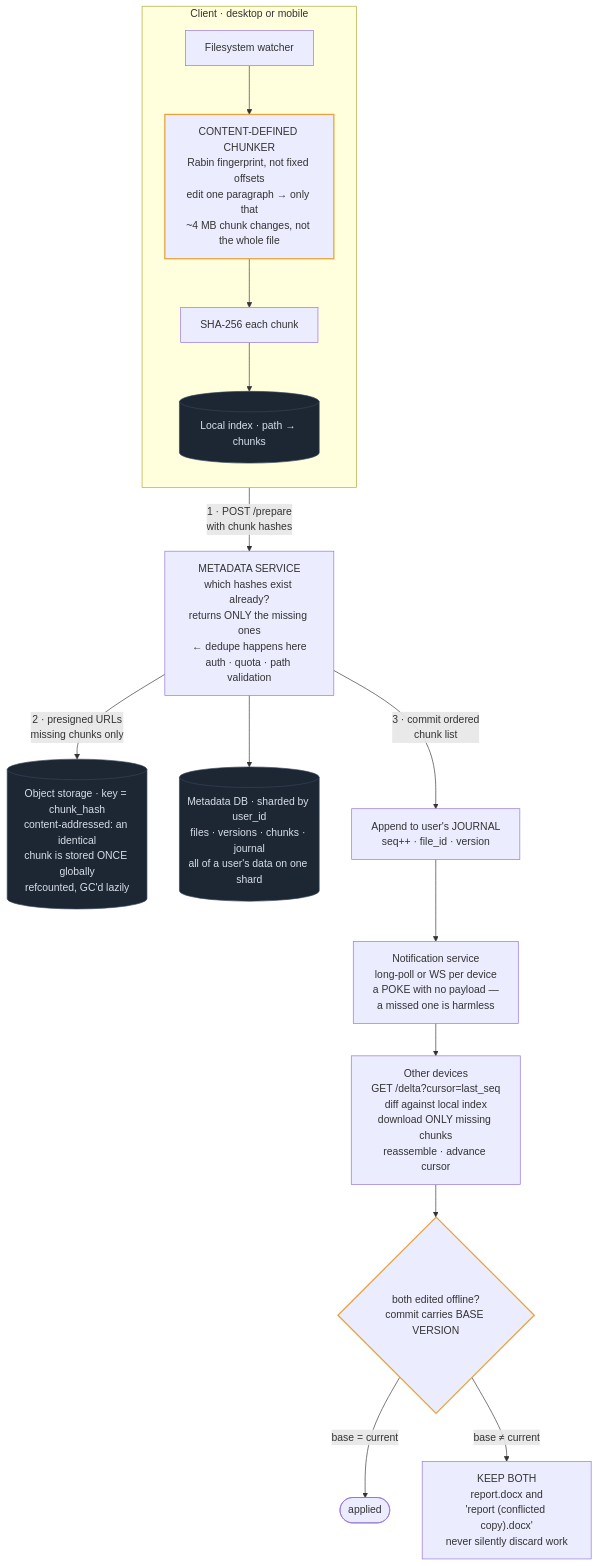
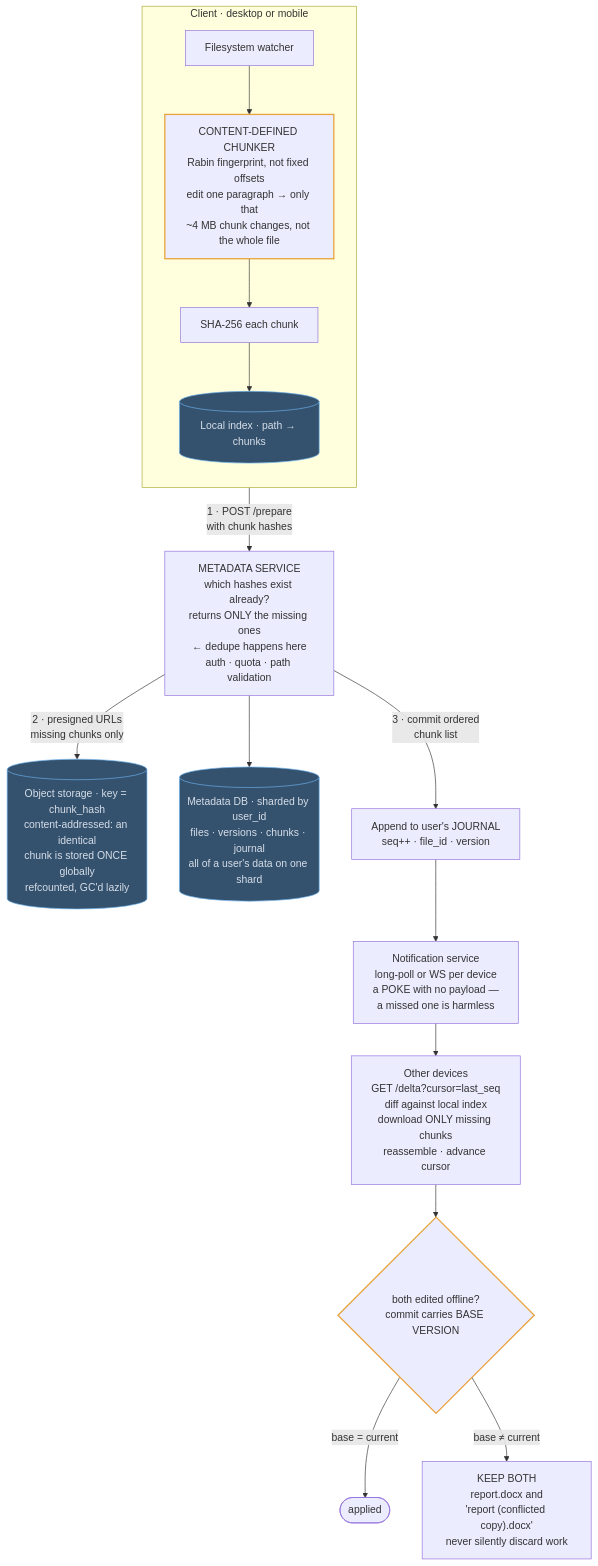
The diagram in content/designs/12-dropbox-file-sync.md (mertkahyaoglu/atlas), drawn with Mermaid before and after one commit. The commit also changed 16 other files, not shown here.

````diff
--- a/content/designs/12-dropbox-file-sync.md
+++ b/content/designs/12-dropbox-file-sync.md
@@ -123,30 +123,30 @@
 ```mermaid
 flowchart TB
     subgraph CLIENT ["Client · desktop or mobile"]
         direction TB
         Watcher[Filesystem watcher]
         Chunker["CONTENT-DEFINED CHUNKER<br/>Rabin fingerprint, not fixed offsets<br/>edit one paragraph → only that<br/>~4 MB chunk changes, not the whole file"]
         Hasher["SHA-256 each chunk"]
         LocalIdx[("Local index · path → chunks")]
         Watcher --> Chunker --> Hasher --> LocalIdx
     end
 
     Hasher -- "1 · POST /prepare<br/>with chunk hashes" --> Meta
     Meta["METADATA SERVICE<br/>which hashes exist already?<br/>returns ONLY the missing ones<br/>← dedupe happens here<br/>auth · quota · path validation"]
     Meta -- "2 · presigned URLs<br/>missing chunks only" --> Blob[("Object storage · key = chunk_hash<br/>content-addressed: an identical<br/>chunk is stored ONCE globally<br/>refcounted, GC'd lazily")]
     Meta --> MetaDB[("Metadata DB · sharded by user_id<br/>files · versions · chunks · journal<br/>all of a user's data on one shard")]
     Meta -- "3 · commit ordered<br/>chunk list" --> Journal["Append to user's JOURNAL<br/>seq++ · file_id · version"]
 
     Journal --> Notify["Notification service<br/>long-poll or WS per device<br/>a POKE with no payload —<br/>a missed one is harmless"]
     Notify --> Devices["Other devices<br/>GET /delta?cursor=last_seq<br/>diff against local index<br/>download ONLY missing chunks<br/>reassemble · advance cursor"]
     Devices --> Conflict{"both edited offline?<br/>commit carries BASE VERSION"}
     Conflict -- "base = current" --> Applied([applied])
     Conflict -- "base ≠ current" --> Keep["KEEP BOTH<br/>report.docx and<br/>'report (conflicted copy).docx'<br/>never silently discard work"]
 
-    classDef store fill:#1d2734,stroke:#35455a,color:#d7dee8
+    classDef store fill:#34526e,stroke:#6cb2ee,color:#d7dee8
     classDef hot stroke:#e8a33d,stroke-width:2px
     class Blob,MetaDB,LocalIdx store
     class Chunker,Conflict hot
 
     click Blob href "/docs/09-specialized-building-blocks" "Role: stores each unique chunk once, shared across all users.<br/>Trade-off: dedupe saves storage, but deletes need refcounts and lazy garbage collection."
 ```
````
